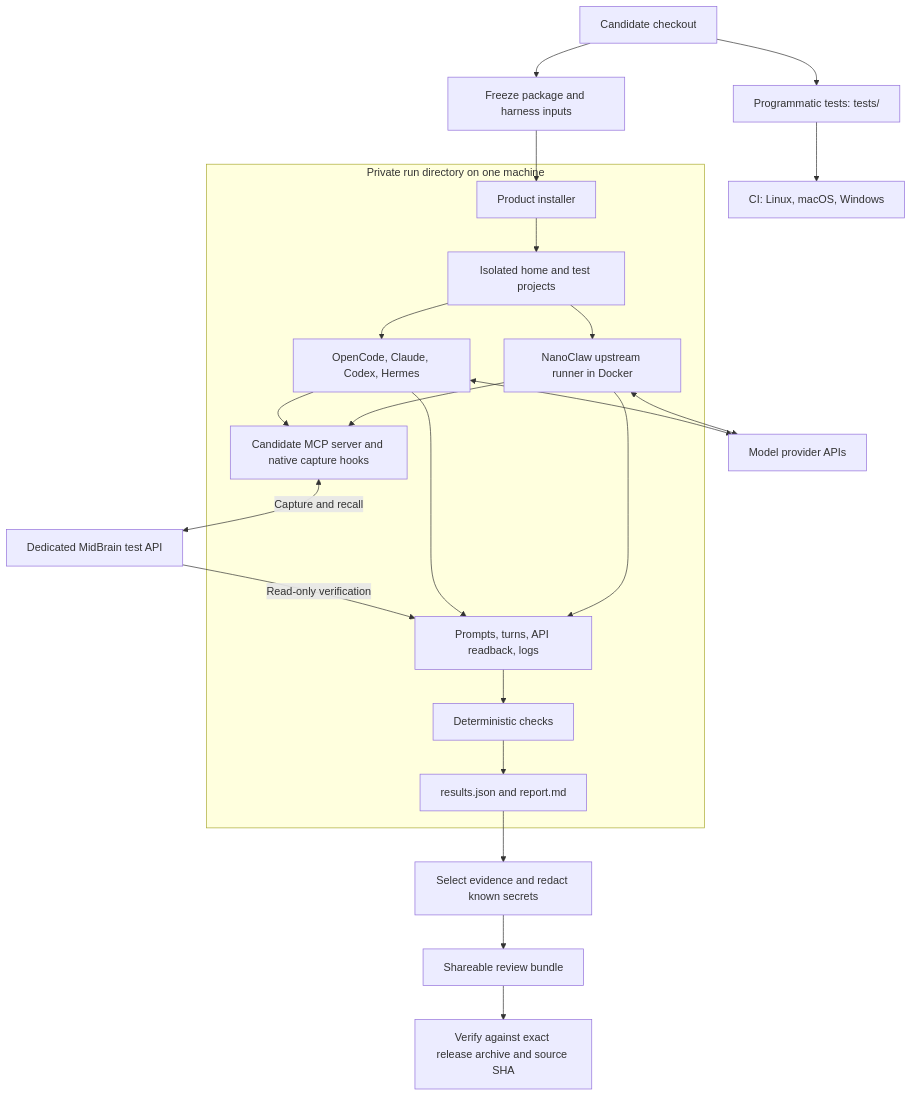
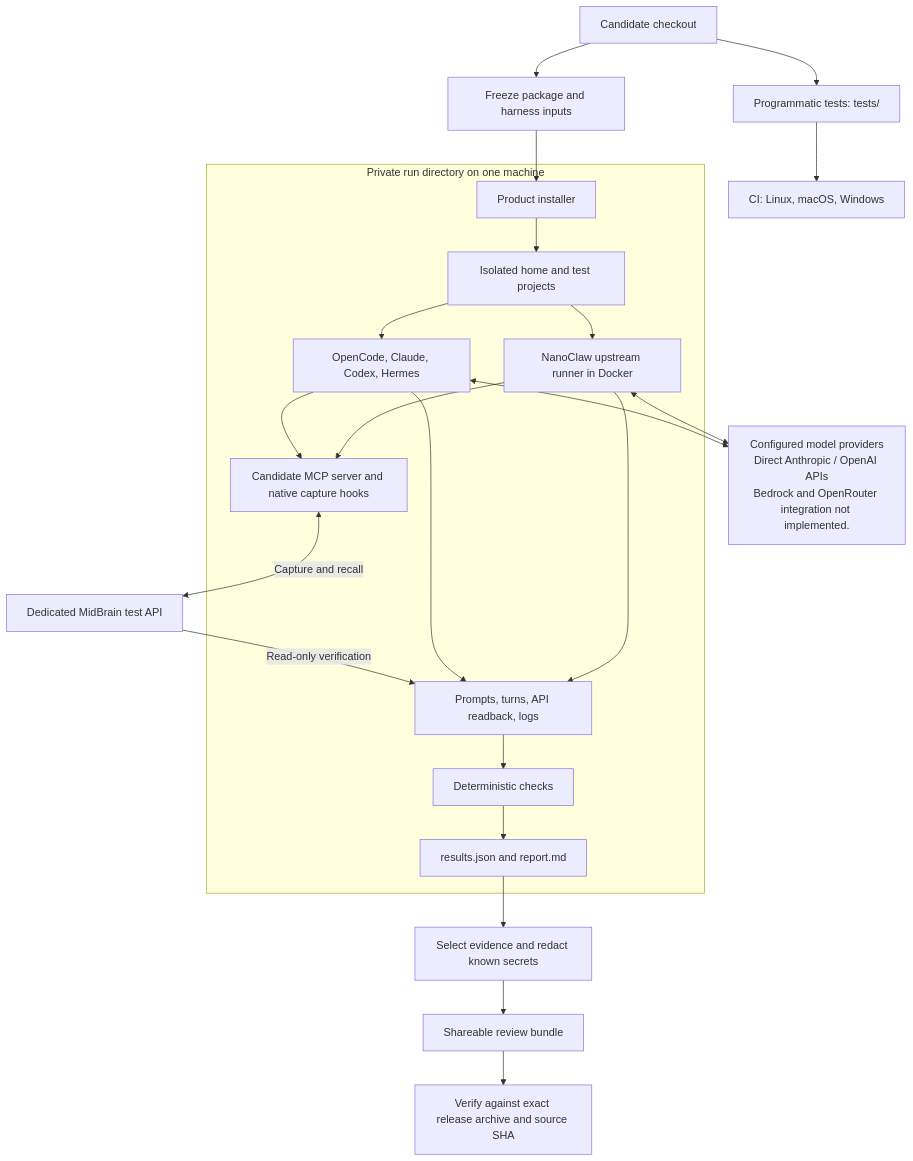
Before and after one commit to pkalogiros/midbrain-memory-mcp: the first of 4 diagrams in docs/testing/harness-how-it-works.md, drawn with Mermaid. The commit also changed other lines of this file and 25 other files, not shown here.

````diff
--- a/docs/testing/harness-how-it-works.md
+++ b/docs/testing/harness-how-it-works.md
@@ -38,25 +38,25 @@
 ```mermaid
 flowchart TB
     Source["Candidate checkout"] --> Unit["Programmatic tests: tests/"]
     Unit --> OS["CI: Linux, macOS, Windows"]
     Source --> Freeze["Freeze package and harness inputs"]
     Freeze --> Install["Product installer"]
     subgraph Private["Private run directory on one machine"]
         Install --> Home["Isolated home and test projects"]
         Home --> Clients["OpenCode, Claude, Codex, Hermes"]
         Home --> Nano["NanoClaw upstream runner in Docker"]
         Clients --> Product["Candidate MCP server and native capture hooks"]
         Nano --> Product
         Evidence["Prompts, turns, API readback, logs"] --> Score["Deterministic checks"]
         Score --> Report["results.json and report.md"]
     end
-    Clients <--> Models["Model provider APIs"]
+    Clients <--> Models["Configured model providers<br/>Direct Anthropic / OpenAI APIs<br/>Bedrock and OpenRouter integration not implemented."]
     Nano <--> Models
     Product <-->|"Capture and recall"| API["Dedicated MidBrain test API"]
     API -->|"Read-only verification"| Evidence
     Clients --> Evidence
     Nano --> Evidence
     Report --> Export["Select evidence and redact known secrets"]
     Export --> Bundle["Shareable review bundle"]
     Bundle --> Verify["Verify against exact release archive and source SHA"]
 ```
````
